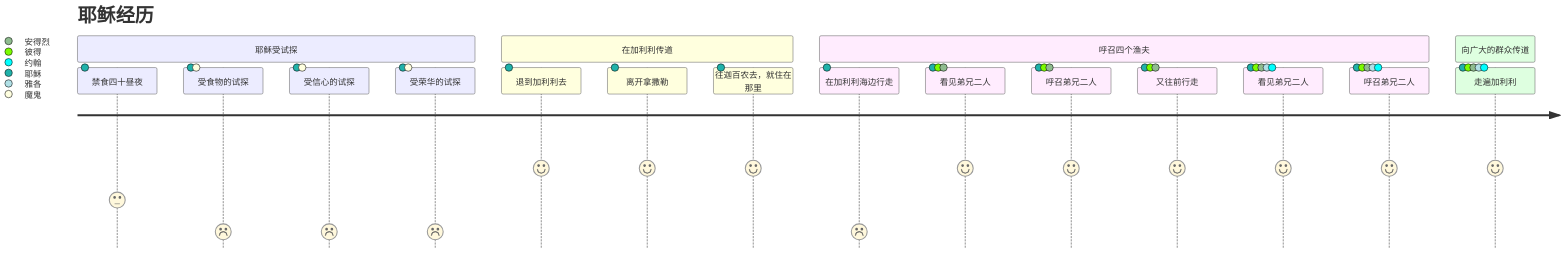
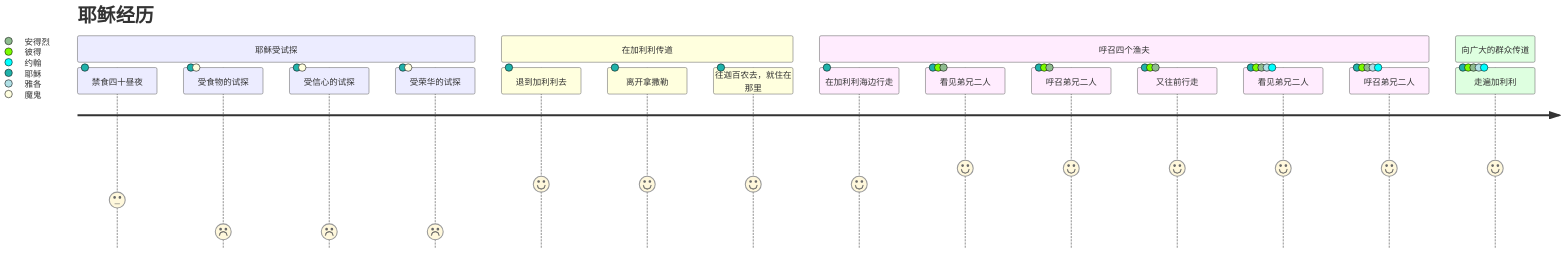
Before and after one commit to whysolution/bible_reading: the third of 3 diagrams in Matthew.md, drawn with Mermaid.

````diff
--- a/Matthew.md
+++ b/Matthew.md
@@ -182,22 +182,22 @@
 ```mermaid
 journey
     title 耶稣经历
     section 耶稣受试探
       禁食四十昼夜: 3: 耶稣
       受食物的试探: 1: 耶稣, 魔鬼
       受信心的试探: 1: 耶稣, 魔鬼
       受荣华的试探: 1: 耶稣, 魔鬼
     section 在加利利传道
-      退到加利利去: 5: 耶稣
-      离开拿撒勒: 5: 耶稣
-      往迦百农去，就住在那里: 5: 耶稣
+      退到加利利去: 4: 耶稣
+      离开拿撒勒: 4: 耶稣
+      往迦百农去，就住在那里: 4: 耶稣
     section 呼召四个渔夫
-      在加利利海边行走: 1: 耶稣
+      在加利利海边行走: 4: 耶稣
       看见弟兄二人: 5: 耶稣, 彼得, 安得烈
       呼召弟兄二人: 5: 耶稣, 彼得, 安得烈
       又往前行走: 5: 耶稣, 彼得, 安得烈
       看见弟兄二人: 5: 耶稣, 彼得, 安得烈, 雅各, 约翰
       呼召弟兄二人: 5: 耶稣, 彼得, 安得烈, 雅各, 约翰
     section 向广大的群众传道
       走遍加利利: 5: 耶稣, 彼得, 安得烈, 雅各, 约翰
 ```
````
